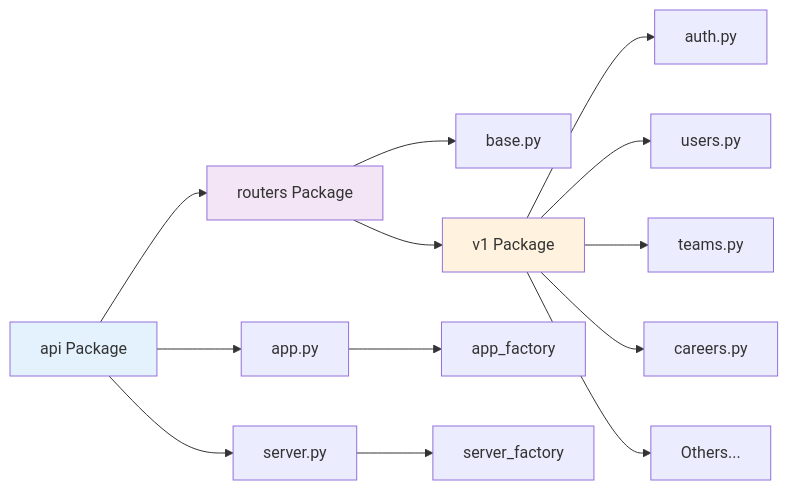
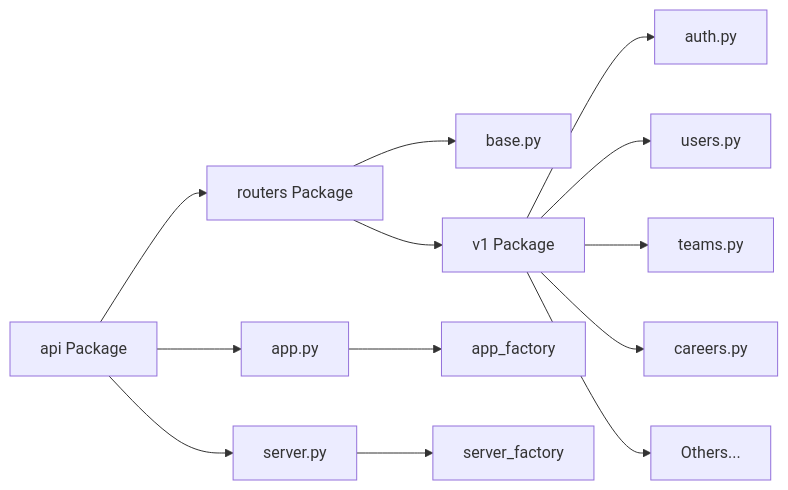
The second of 3 diagrams in docs/changes_from_simplify-imports_to_restructure-fastapi-app.md (ELC/upskilling), drawn with Mermaid before and after one commit. The commit also changed other lines of this file, not shown here.

````diff
--- a/docs/changes_from_simplify-imports_to_restructure-fastapi-app.md
+++ b/docs/changes_from_simplify-imports_to_restructure-fastapi-app.md
@@ -264,22 +260,18 @@
 ```mermaid
 graph LR
     A[api Package] --> B[app.py]
     A --> C[server.py]
     A --> D[routers Package]
     
     D --> E[base.py]
     D --> F[v1 Package]
     
     F --> G[auth.py]
     F --> H[users.py]
     F --> I[teams.py]
     F --> J[careers.py]
     F --> K[Others...]
     
     B --> L[app_factory]
     C --> M[server_factory]
-    
-    style A fill:#e3f2fd
-    style D fill:#f3e5f5
-    style F fill:#fff3e0
 ```
````
